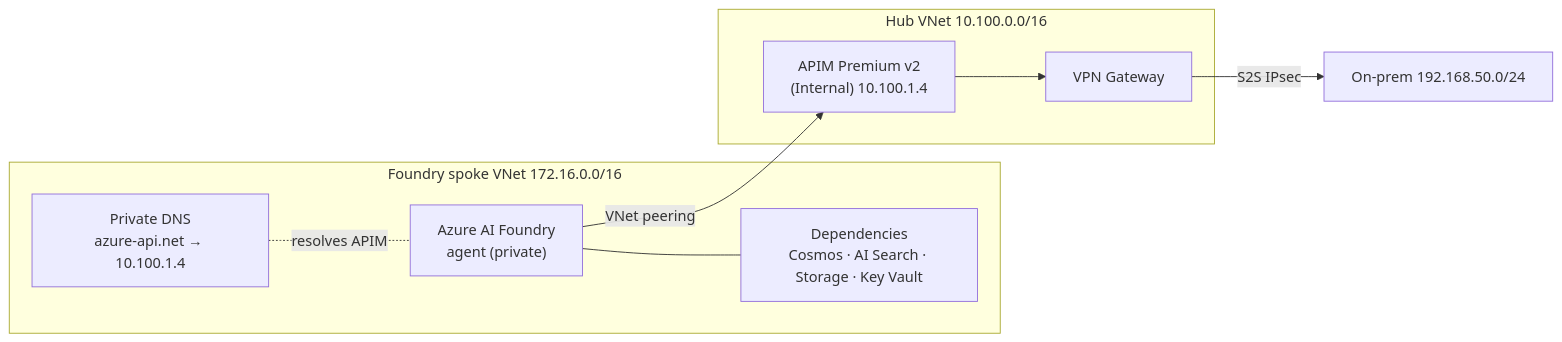
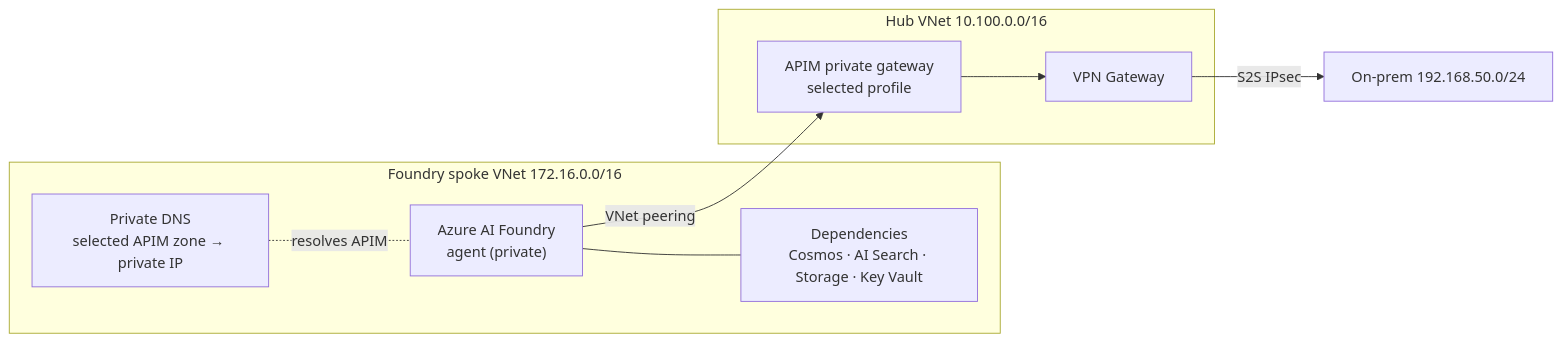
Before and after one commit to drewelewis/ai-hybrid-data-sources: the diagram in peering/readme.md, drawn with Mermaid. The commit also changed other lines of this file and 19 other files, not shown here.

````diff
--- a/peering/readme.md
+++ b/peering/readme.md
@@ -20,17 +21,17 @@
 ```mermaid
 flowchart LR
     subgraph Spoke["Foundry spoke VNet 172.16.0.0/16"]
         Foundry["Azure AI Foundry<br/>agent (private)"]
         Deps["Dependencies<br/>Cosmos · AI Search · Storage · Key Vault"]
-        DNS["Private DNS<br/>azure-api.net → 10.100.1.4"]
+        DNS["Private DNS<br/>selected APIM zone → private IP"]
         Foundry --- Deps
     end
     subgraph Hub["Hub VNet 10.100.0.0/16"]
-        APIM["APIM Premium v2<br/>(Internal) 10.100.1.4"]
+        APIM["APIM private gateway<br/>selected profile"]
         GW["VPN Gateway"]
     end
     Foundry -- "VNet peering" --> APIM
     DNS -. "resolves APIM" .- Foundry
     APIM --> GW
     GW -- "S2S IPsec" --> OnPrem["On-prem 192.168.50.0/24"]
 ```
````
